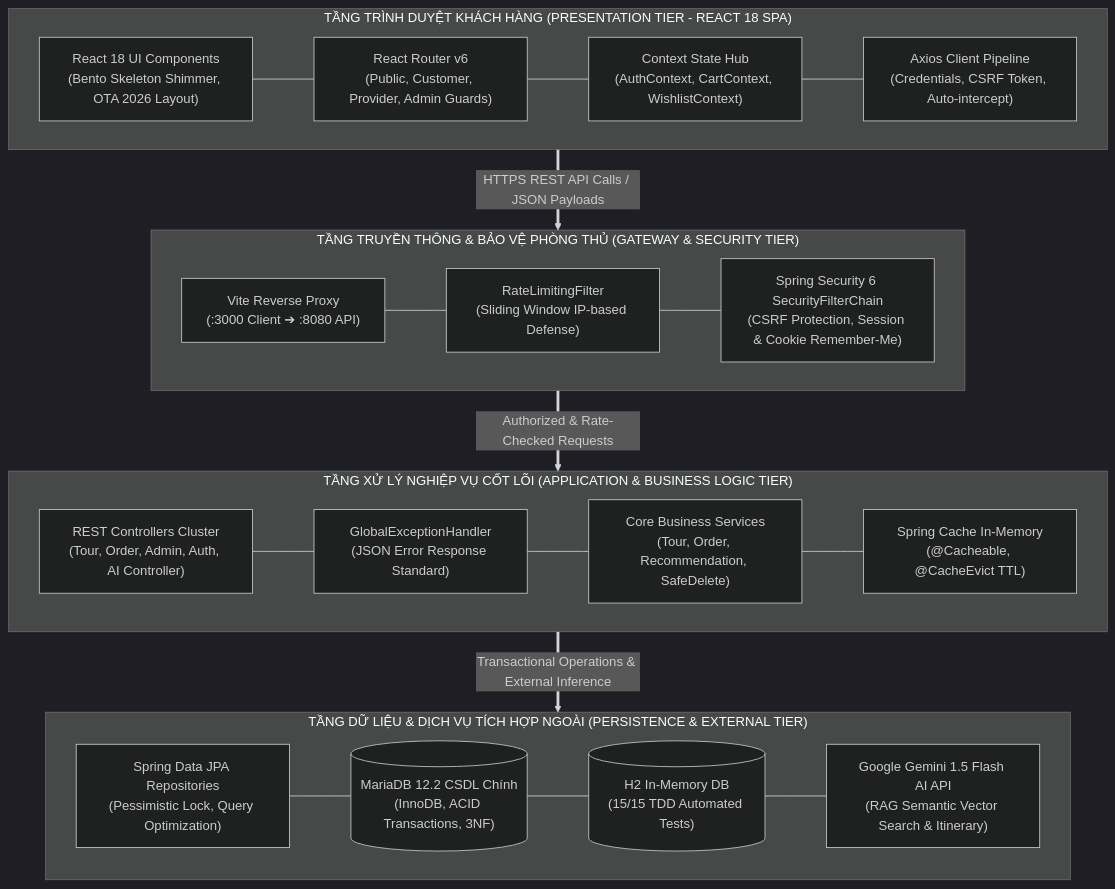
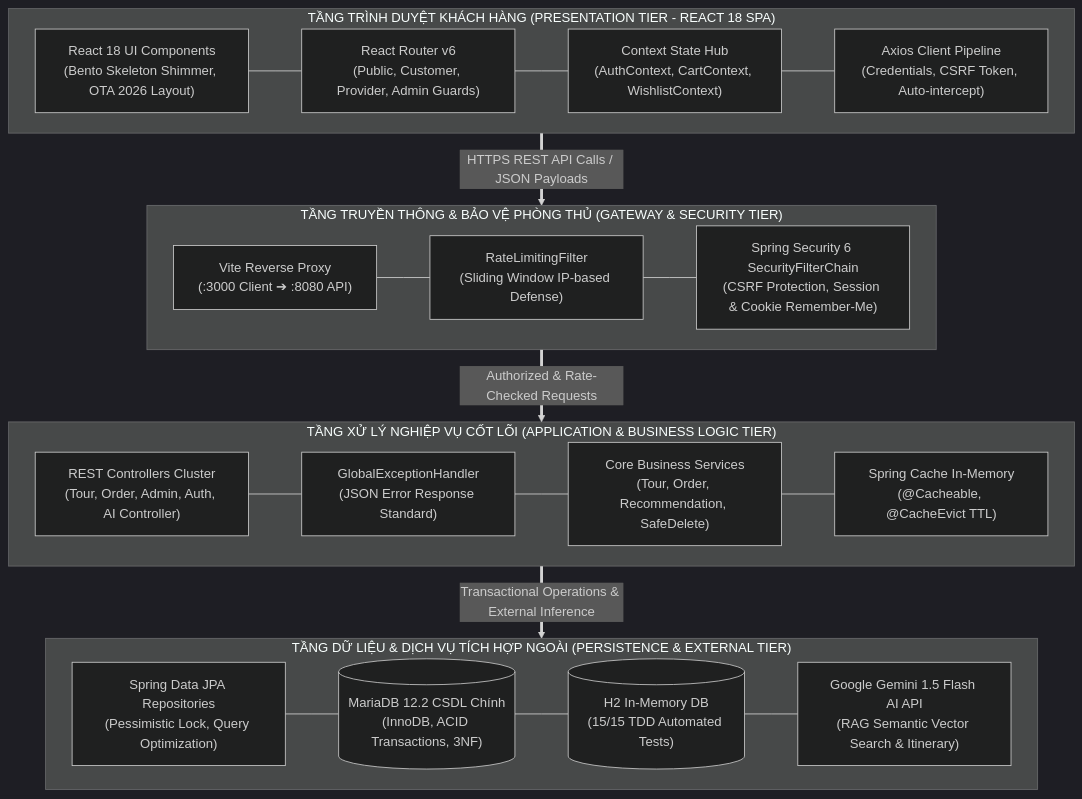
One commit to DaMilos35/JavaWWW_Nhom5_TourBooking changed the second of 7 diagrams in docs/DACTAC_KIENTRUC_VA_CHUNANG.md. Above: the diagram before and after it, drawn with Mermaid (dark theme). The commit also changed other lines of this file and 13 other files, not shown here.

Commit message:
feat: complete UI/UX OTA polish, 99-test suite, diagrams and final documentation

````diff
--- a/docs/DACTAC_KIENTRUC_VA_CHUNANG.md
+++ b/docs/DACTAC_KIENTRUC_VA_CHUNANG.md
@@ -198,46 +199,47 @@
 ```mermaid
+%%{init: {'flowchart': {'curve': 'linear', 'nodeSpacing': 30, 'rankSpacing': 40}}}%%
 flowchart TD
     %% Tầng 1: Client
     subgraph Tier1["TẦNG TRÌNH DUYỆT KHÁCH HÀNG (PRESENTATION TIER - REACT 18 SPA)"]
         direction LR
         UI_Comp["React 18 UI Components<br/>(Bento Skeleton Shimmer, OTA 2026 Layout)"]
         UI_Router["React Router v6<br/>(Public, Customer, Provider, Admin Guards)"]
         UI_State["Context State Hub<br/>(AuthContext, CartContext, WishlistContext)"]
         UI_Axios["Axios Client Pipeline<br/>(Credentials, CSRF Token, Auto-intercept)"]
         UI_Comp --- UI_Router --- UI_State --- UI_Axios
     end
 
     %% Tầng 2: Gateway & Security
     subgraph Tier2["TẦNG TRUYỀN THÔNG & BẢO VỆ PHÒNG THỦ (GATEWAY & SECURITY TIER)"]
         direction LR
         GW_Proxy["Vite Reverse Proxy<br/>(:3000 Client ➔ :8080 API)"]
         GW_RateLimit["RateLimitingFilter<br/>(Sliding Window IP-based Defense)"]
         GW_Security["Spring Security 6 SecurityFilterChain<br/>(CSRF Protection, Session & Cookie Remember-Me)"]
         GW_Proxy --- GW_RateLimit --- GW_Security
     end
 
     %% Tầng 3: Business Logic
     subgraph Tier3["TẦNG XỬ LÝ NGHIỆP VỤ CỐT LÕI (APPLICATION & BUSINESS LOGIC TIER)"]
         direction LR
         BL_REST["REST Controllers Cluster<br/>(Tour, Order, Admin, Auth, AI Controller)"]
         BL_Exception["GlobalExceptionHandler<br/>(JSON Error Response Standard)"]
         BL_Services["Core Business Services<br/>(Tour, Order, Recommendation, SafeDelete)"]
         BL_Cache["Spring Cache In-Memory<br/>(@Cacheable, @CacheEvict TTL)"]
         BL_REST --- BL_Exception --- BL_Services --- BL_Cache
     end
 
     %% Tầng 4: Data & External
     subgraph Tier4["TẦNG DỮ LIỆU & DỊCH VỤ TÍCH HỢP NGOÀI (PERSISTENCE & EXTERNAL TIER)"]
         direction LR
         DB_JPA["Spring Data JPA Repositories<br/>(Pessimistic Lock, Query Optimization)"]
         DB_RDBMS[("MariaDB 12.2 CSDL Chính<br/>(InnoDB, ACID Transactions, 3NF)")]
         DB_Test[("H2 In-Memory DB<br/>(15/15 TDD Automated Tests)")]
         EXT_AI["Google Gemini 1.5 Flash AI API<br/>(RAG Semantic Vector Search & Itinerary)"]
         DB_JPA --- DB_RDBMS --- DB_Test --- EXT_AI
     end
 
     %% Liên kết liên tầng trực giao, tuyệt đối không đè cạnh
     Tier1 ==>|HTTPS REST API Calls / JSON Payloads| Tier2
     Tier2 ==>|Authorized & Rate-Checked Requests| Tier3
     Tier3 ==>|Transactional Operations & External Inference| Tier4
 ```
````
